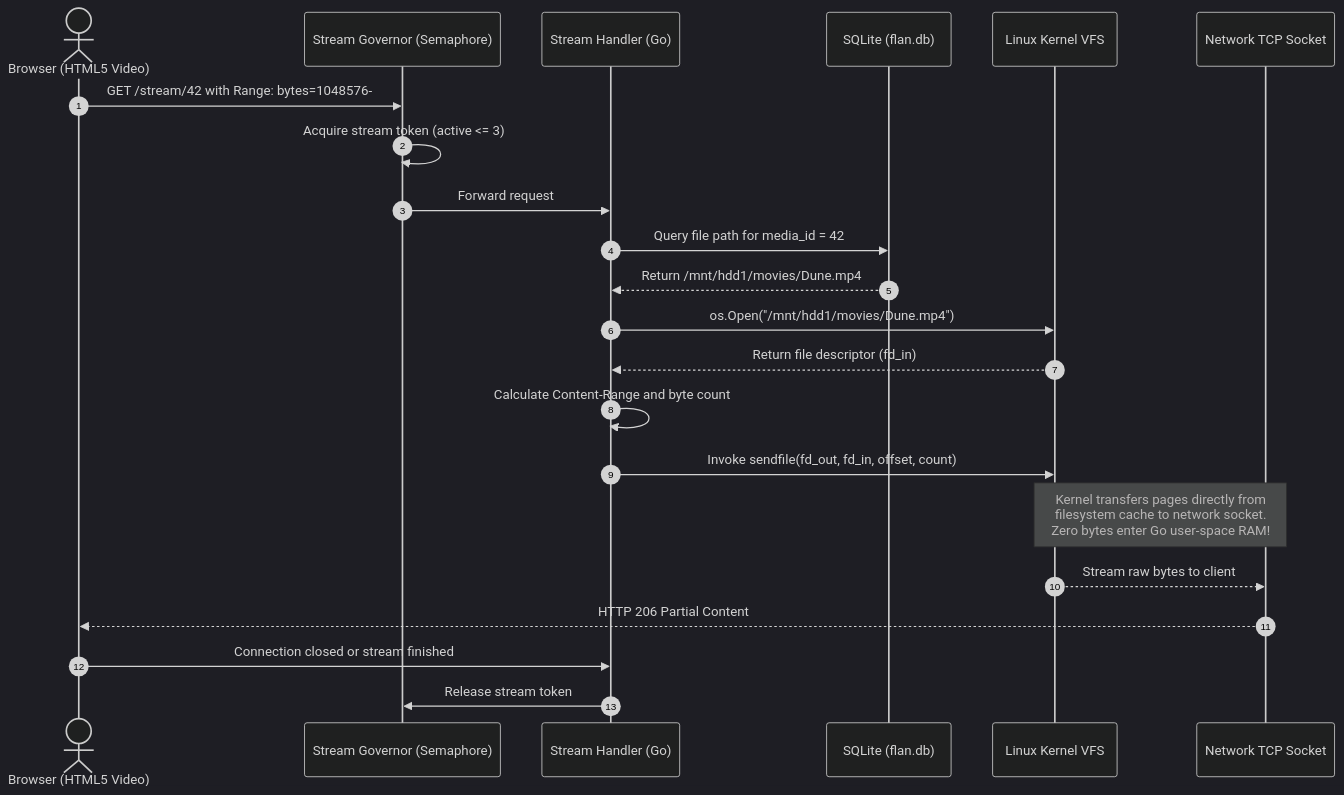
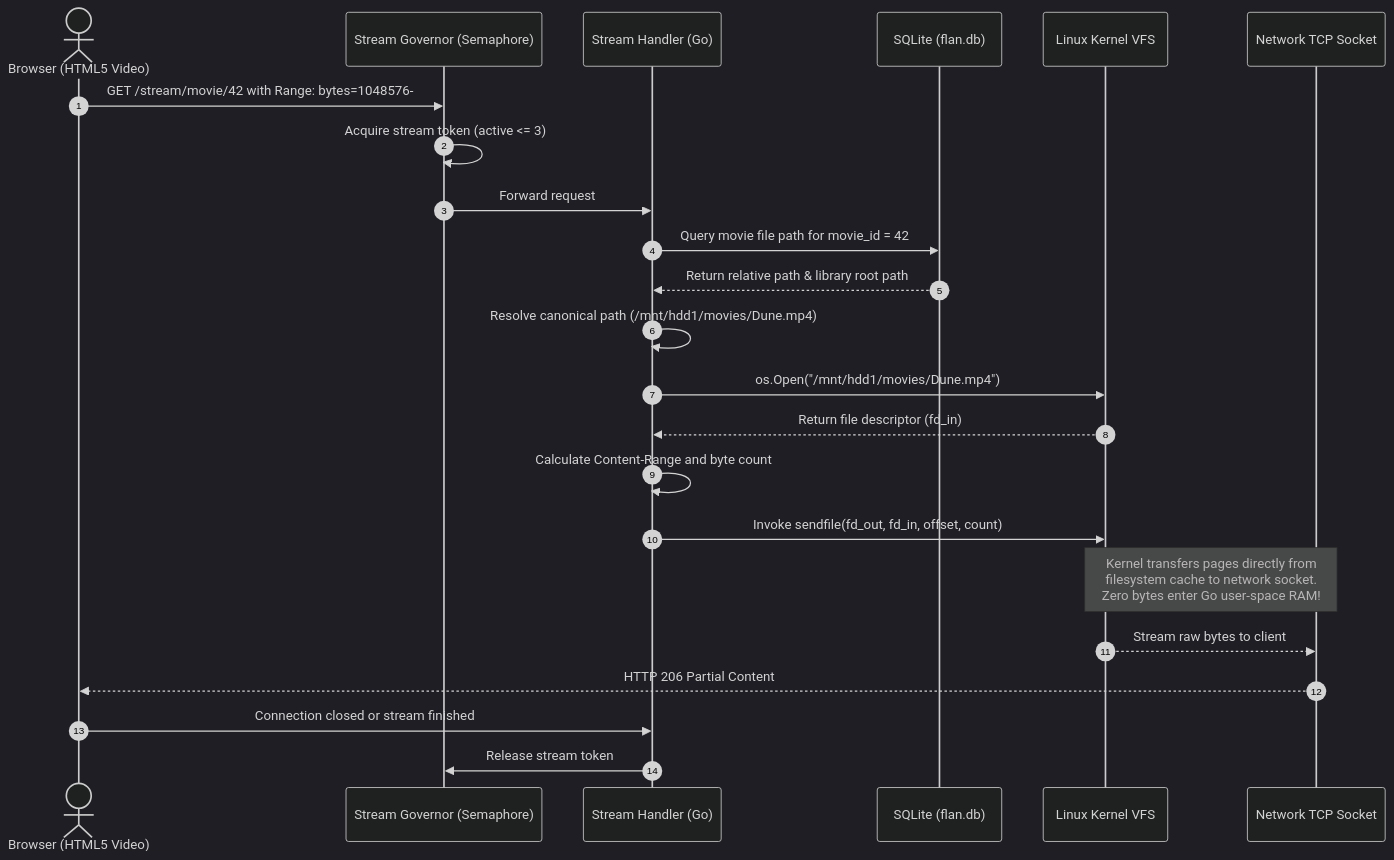
The third of 6 diagrams in docs/diagrams/data-flow.md (WesleyEsq/Flan-Media-Server), drawn with Mermaid (dark theme) before and after one commit. The commit also changed other lines of this file and 15 other files, not shown here.

````diff
--- a/docs/diagrams/data-flow.md
+++ b/docs/diagrams/data-flow.md
@@ -122,31 +122,32 @@
 ```mermaid
 sequenceDiagram
     autonumber
     actor Client as Browser (HTML5 Video)
     participant Gov as Stream Governor (Semaphore)
     participant Handler as Stream Handler (Go)
     participant DB as SQLite (flan.db)
     participant VFS as Linux Kernel VFS
     participant Socket as Network TCP Socket
 
-    Client->>Gov: GET /stream/42 with Range: bytes=1048576-
+    Client->>Gov: GET /stream/movie/42 with Range: bytes=1048576-
     Gov->>Gov: Acquire stream token (active <= 3)
     Gov->>Handler: Forward request
 
-    Handler->>DB: Query file path for media_id = 42
-    DB-->>Handler: Return /mnt/hdd1/movies/Dune.mp4
+    Handler->>DB: Query movie file path for movie_id = 42
+    DB-->>Handler: Return relative path & library root path
+    Handler->>Handler: Resolve canonical path (/mnt/hdd1/movies/Dune.mp4)
 
     Handler->>VFS: os.Open("/mnt/hdd1/movies/Dune.mp4")
     VFS-->>Handler: Return file descriptor (fd_in)
 
     Handler->>Handler: Calculate Content-Range and byte count
     Handler->>VFS: Invoke sendfile(fd_out, fd_in, offset, count)
 
     Note over VFS,Socket: Kernel transfers pages directly from<br/>filesystem cache to network socket.<br/>Zero bytes enter Go user-space RAM!
 
     VFS-->>Socket: Stream raw bytes to client
     Socket-->>Client: HTTP 206 Partial Content
 
     Client->>Handler: Connection closed or stream finished
     Handler->>Gov: Release stream token
 ```
````
